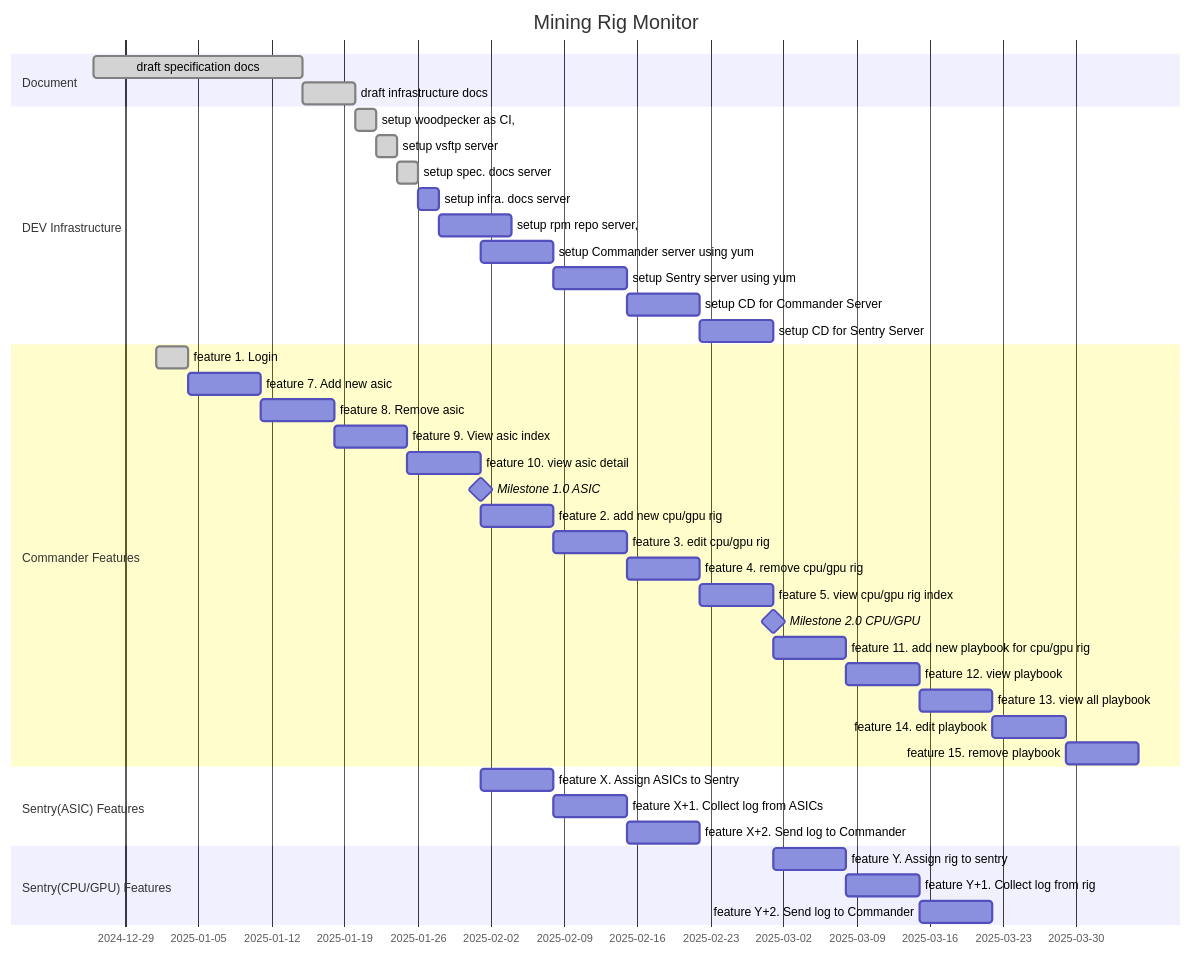
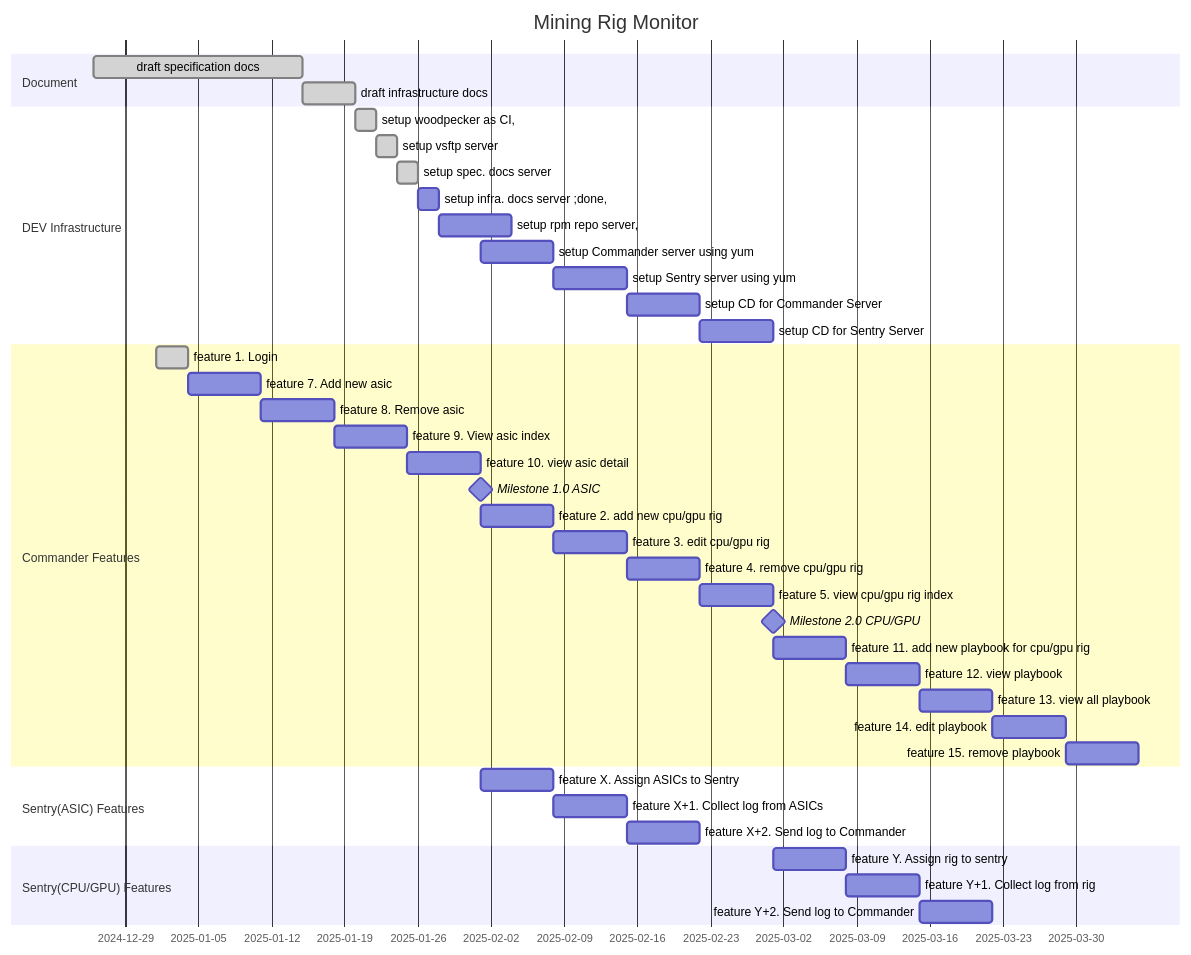
Before and after one commit to nguyenvinhlinh/Mining-Rig-Monitor-Document: the diagram in docs/06-project-management.md, drawn with Mermaid. The commit also changed 1 other file, not shown here.

Commit message:
mark infra task done.!

````diff
--- a/docs/06-project-management.md
+++ b/docs/06-project-management.md
@@ -4,53 +4,53 @@
 ```mermaid
 gantt
     title Mining Rig Monitor
     dateFormat YYYY-MM-DD
 
     section Document
         draft specification  docs      :done, :wsd, 2024-12-26, 20d
         draft infrastructure docs      :done, :wid, after wsd, 5d
     section DEV Infrastructure
         setup woodpecker as CI,        :done, :swci, after wid, 2d
         setup vsftp server             :done, :svsftp, after swci, 2d
         setup spec. docs server        :done, :ssds, after svsftp, 2d
-        setup infra. docs server       :sids, after ssds, 2d
+        setup infra. docs server       ;done, :sids, after ssds, 2d
         setup rpm repo server,         :srps, after sids, 1w
 
         setup Commander server using yum :scs, after f10, 1w
         setup Sentry server using yum    :sss, after scs, 1w
         setup CD for Commander Server   :scdcs, after sss, 1w
         setup CD for Sentry Server      :scdss, after scdcs, 1w
     section Commander Features
         feature  1. Login              :done, :f01, 2025-01-01, 3d
 
         feature  7. Add new asic       :f07, after f01, 1w
         feature  8. Remove asic        :f08, after f07, 1w
         feature  9. View asic index    :f09, after f08, 1w
         feature 10. view asic detail   :f10, after f09, 1w
 
         Milestone 1.0 ASIC: milestone, m1, after f10, 2m
 
         feature 2. add new cpu/gpu rig    :f02, after f10, 1w
         feature 3. edit cpu/gpu rig       :f03, after f02, 1w
         feature 4. remove cpu/gpu rig     :f04, after f03, 1w
         feature 5. view cpu/gpu rig index :f05, after f04, 1w
 
         Milestone 2.0 CPU/GPU: milestone, m2, after f05, 2m
 
         feature 11. add new playbook for cpu/gpu rig  :f11, after f05, 1w
         feature 12. view playbook                     :f12, after f11, 1w
         feature 13. view all playbook                 :f13, after f12, 1w
         feature 14. edit playbook                     :f14, after f13, 1w
         feature 15. remove playbook                   :f15, after f14, 1w
 
     section Sentry(ASIC) Features
         feature X. Assign ASICs to Sentry    :fx,  after f10, 1w
         feature X+1. Collect log from ASICs  :fx1, after fx,  1w
         feature X+2. Send log to Commander   :fx2, after fx1, 1w
 
     section Sentry(CPU/GPU) Features
         feature Y. Assign rig to sentry    :fy, after f05, 1w
         feature Y+1. Collect log from rig  :fy1, after fy, 1w
         feature Y+2. Send log to Commander :fy2, after fy1, 1w
 
 ```
````
